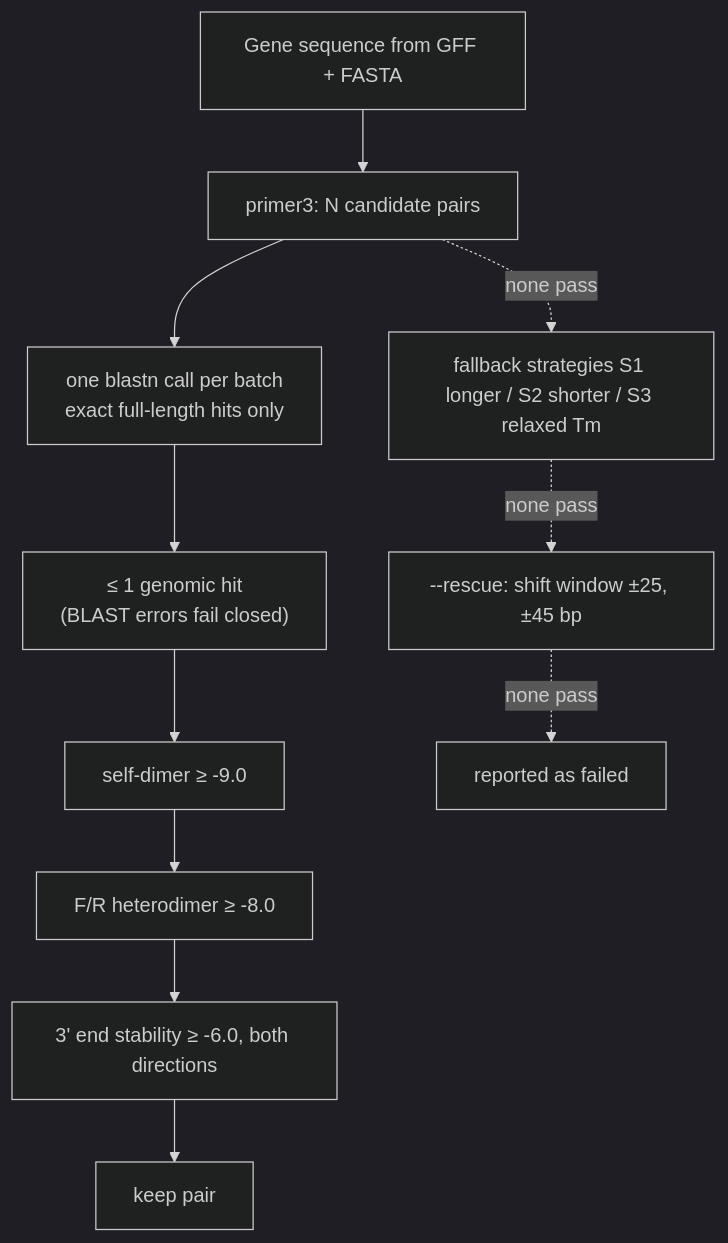
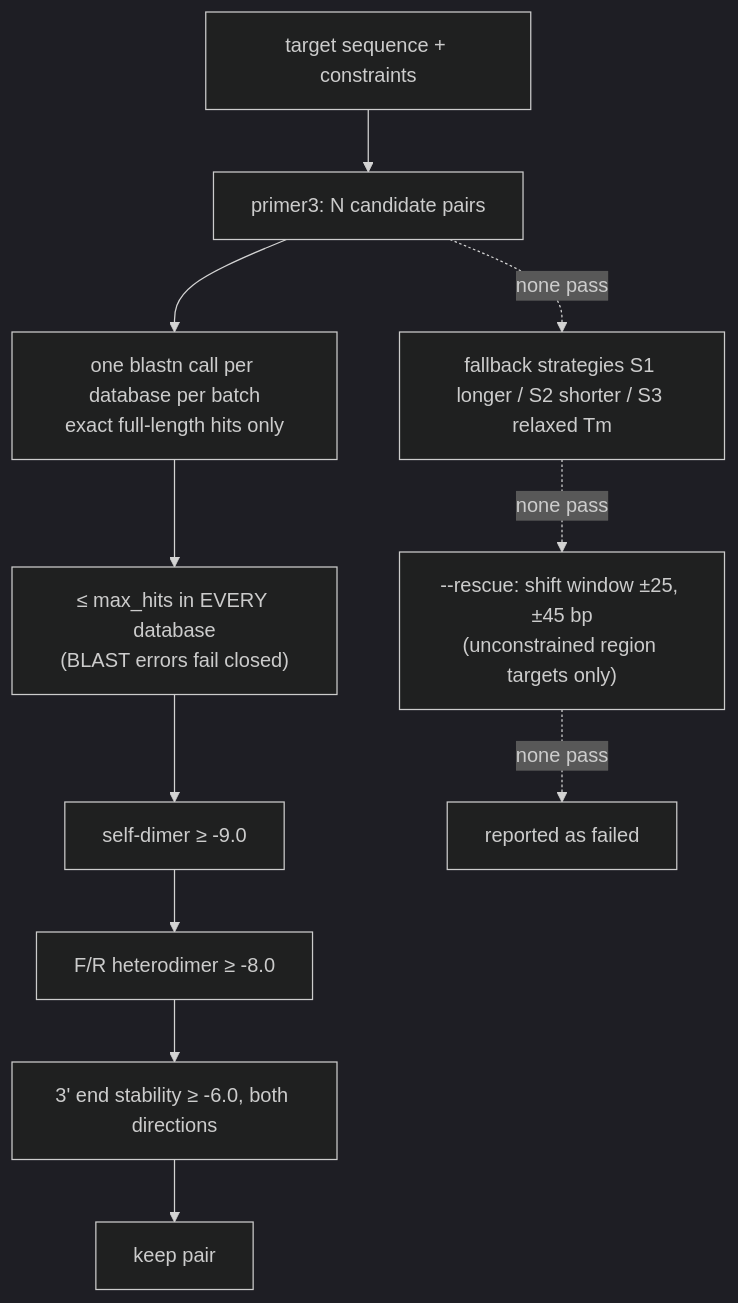
The third of 9 diagrams in README.md (AHumanBrain/my_amplicon_project), drawn with Mermaid (dark theme) before and after one commit. The commit also changed other lines of this file and 9 other files, not shown here.

````diff
--- a/README.md
+++ b/README.md
@@ -52,13 +98,13 @@
 ```mermaid
 flowchart TD
-    S["Gene sequence from GFF + FASTA"] --> P["primer3: N candidate pairs"]
-    P --> B["one blastn call per batch<br/>exact full-length hits only"]
-    B --> C1["≤ 1 genomic hit<br/>(BLAST errors fail closed)"]
+    S["target sequence + constraints"] --> P["primer3: N candidate pairs"]
+    P --> B["one blastn call per database per batch<br/>exact full-length hits only"]
+    B --> C1["≤ max_hits in EVERY database<br/>(BLAST errors fail closed)"]
     C1 --> C2["self-dimer ≥ -9.0"]
     C2 --> C3["F/R heterodimer ≥ -8.0"]
     C3 --> C4["3' end stability ≥ -6.0, both directions"]
     C4 --> OK["keep pair"]
     P -. "none pass" .-> FB["fallback strategies S1 longer / S2 shorter / S3 relaxed Tm"]
-    FB -. "none pass" .-> R["--rescue: shift window ±25, ±45 bp"]
+    FB -. "none pass" .-> R["--rescue: shift window ±25, ±45 bp<br/>(unconstrained region targets only)"]
     R -. "none pass" .-> X["reported as failed"]
 ```
````
